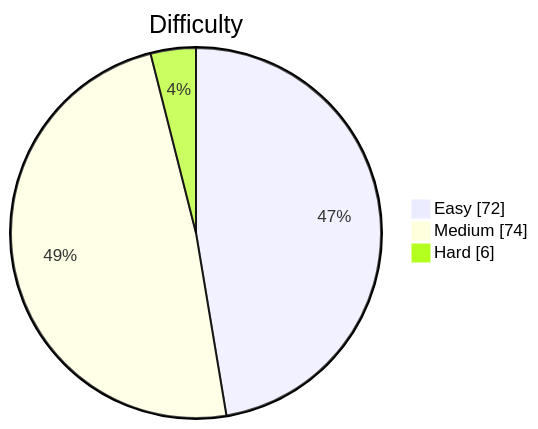
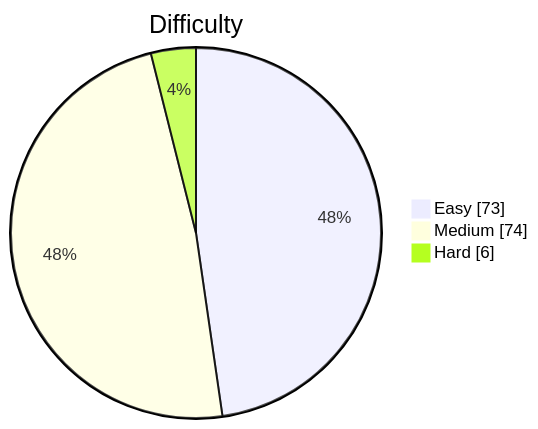
The diagram in README.md (kevstevie/python-algo-practice), drawn with Mermaid before and after one commit. The commit also changed other lines of this file, not shown here.

````diff
--- a/README.md
+++ b/README.md
@@ -13,7 +13,7 @@
 ```mermaid
 pie showData
     title Difficulty
-    "Easy"   : 72
+    "Easy"   : 73
     "Medium" : 74
     "Hard"   : 6
 ```
````
